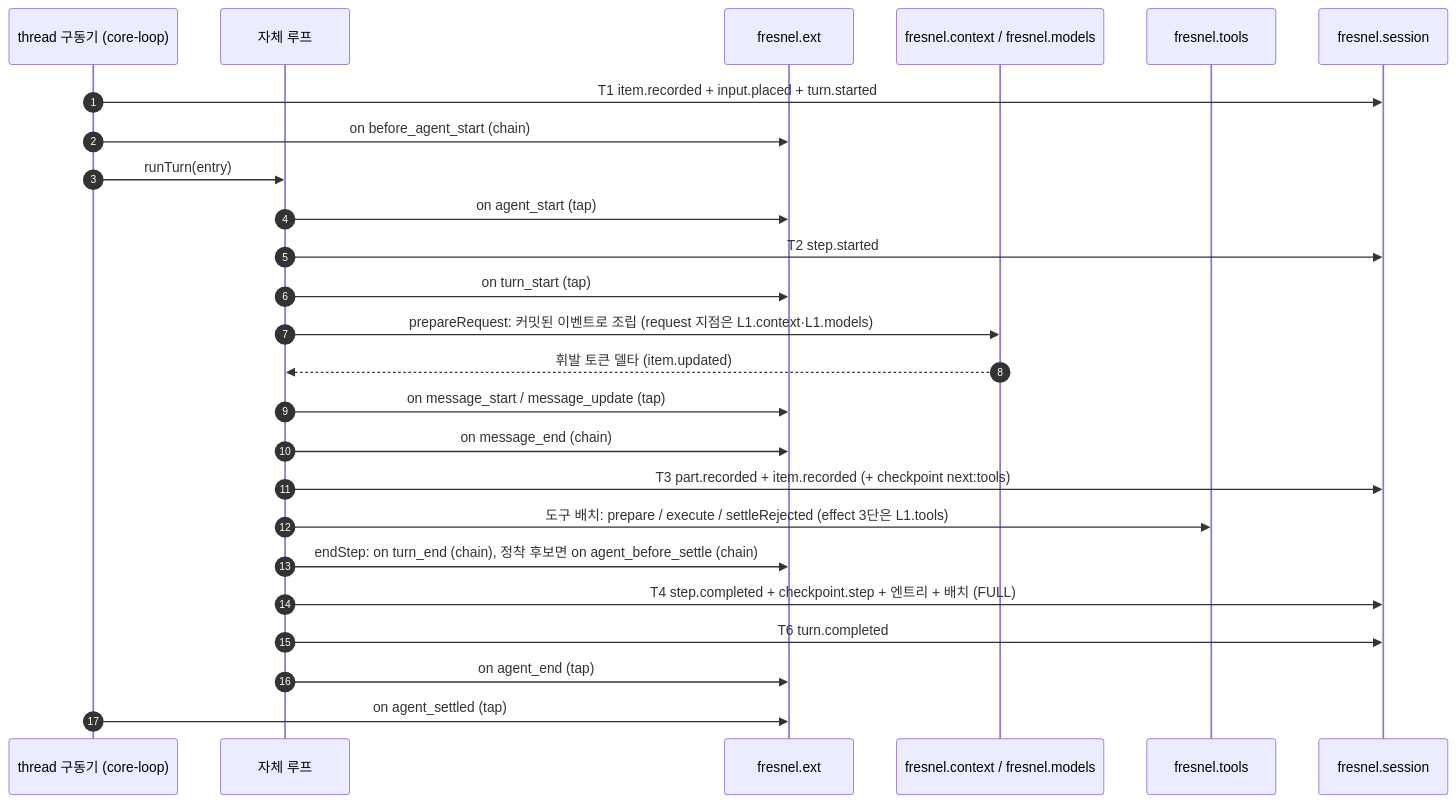
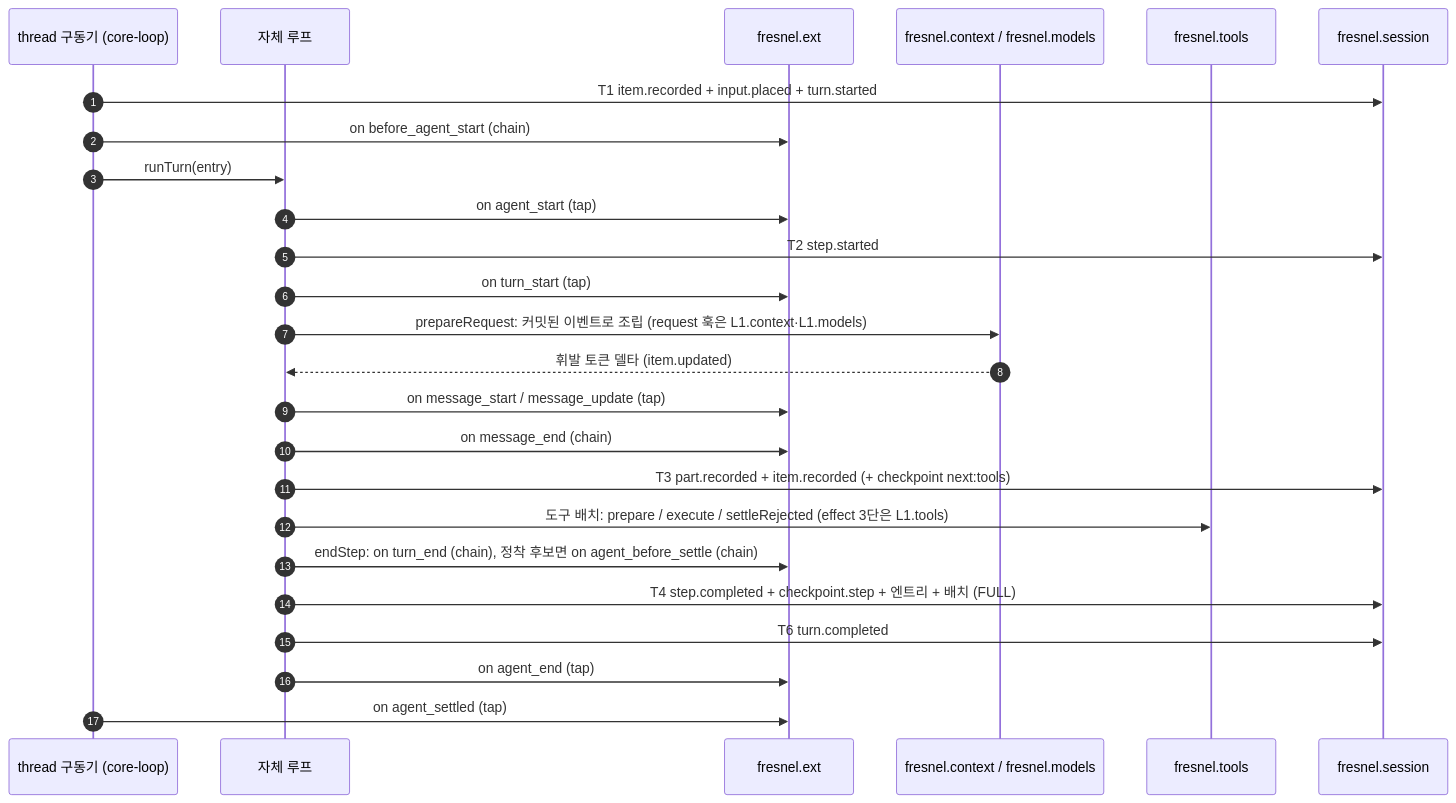
The diagram in docs/xeon/L1/loop/spec.md (Rengod95/Helm-Agent_Docs_OS), drawn with Mermaid before and after one commit. The commit also changed other lines of this file and 506 other files, not shown here.

````diff
--- a/docs/xeon/L1/loop/spec.md
+++ b/docs/xeon/L1/loop/spec.md
@@ -458,27 +458,27 @@
 ```mermaid
 sequenceDiagram
   autonumber
   participant DRV as thread 구동기 (core-loop)
   participant WR as 자체 루프
   participant EXT as fresnel.ext
   participant CTX as fresnel.context / fresnel.models
   participant TL as fresnel.tools
   participant SES as fresnel.session
   DRV->>SES: T1 item.recorded + input.placed + turn.started
   DRV->>EXT: on before_agent_start (chain)
   DRV->>WR: runTurn(entry)
   WR->>EXT: on agent_start (tap)
   WR->>SES: T2 step.started
   WR->>EXT: on turn_start (tap)
-  WR->>CTX: prepareRequest: 커밋된 이벤트로 조립 (request 지점은 L1.context·L1.models)
+  WR->>CTX: prepareRequest: 커밋된 이벤트로 조립 (request 훅은 L1.context·L1.models)
   CTX-->>WR: 휘발 토큰 델타 (item.updated)
   WR->>EXT: on message_start / message_update (tap)
   WR->>EXT: on message_end (chain)
   WR->>SES: T3 part.recorded + item.recorded (+ checkpoint next:tools)
   WR->>TL: 도구 배치: prepare / execute / settleRejected (effect 3단은 L1.tools)
   WR->>EXT: endStep: on turn_end (chain), 정착 후보면 on agent_before_settle (chain)
   WR->>SES: T4 step.completed + checkpoint.step + 엔트리 + 배치 (FULL)
   WR->>SES: T6 turn.completed
   WR->>EXT: on agent_end (tap)
   DRV->>EXT: on agent_settled (tap)
 ```
````
